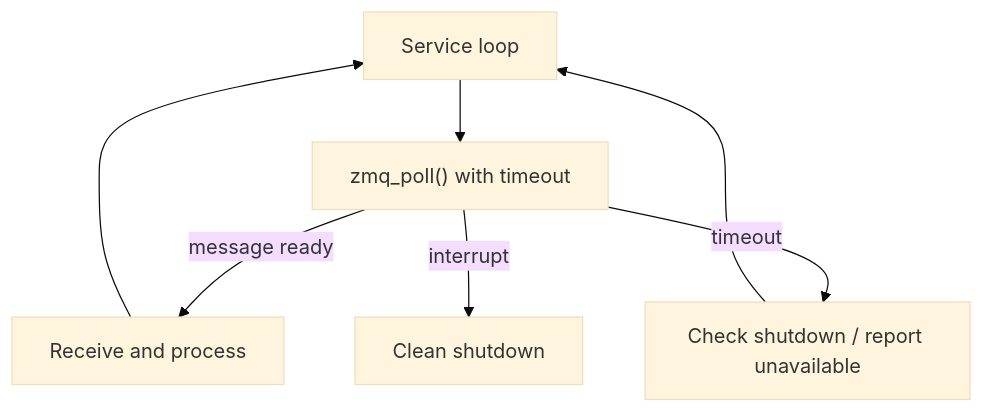
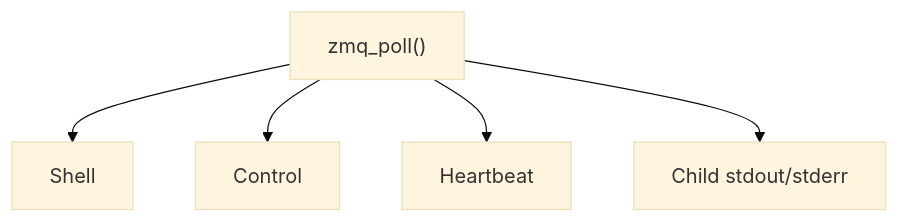
Diagram 11 of 15 in presentation/PRESENTATION_SLIDES.md (Andrew53O/zemomq-c-notebook), drawn with Mermaid (base theme) before and after one commit. The commit also changed other lines of this file and 1 other file, not shown here.

````diff
--- a/presentation/PRESENTATION_SLIDES.md
+++ b/presentation/PRESENTATION_SLIDES.md
@@ -481,9 +492,7 @@
 ```mermaid
 flowchart TD
-    Loop["Service loop"] --> Poll["zmq_poll() with timeout"]
-    Poll -->|message ready| Handle["Receive and process"]
-    Poll -->|timeout| Check["Check shutdown / report unavailable"]
-    Poll -->|interrupt| Stop["Clean shutdown"]
-    Handle --> Loop
-    Check --> Loop
+    Poll["zmq_poll()"] --> Shell["Shell"]
+    Poll --> Control["Control"]
+    Poll --> HB["Heartbeat"]
+    Poll --> Output["Child stdout/stderr"]
 ```
````
